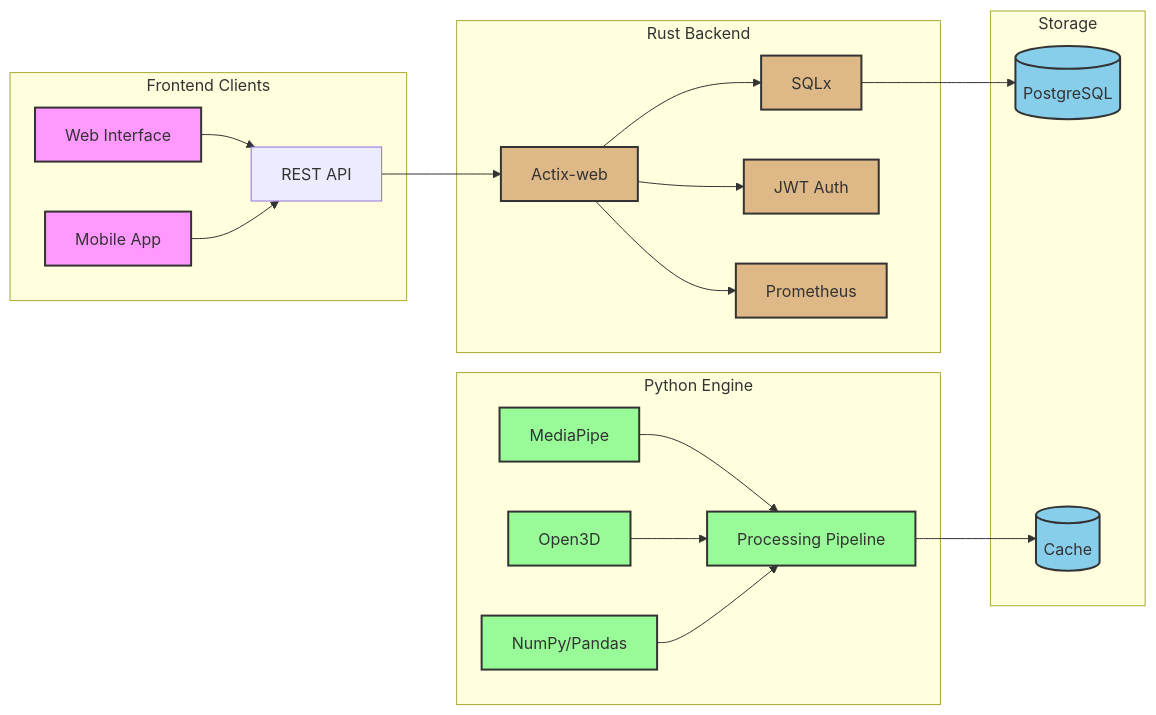
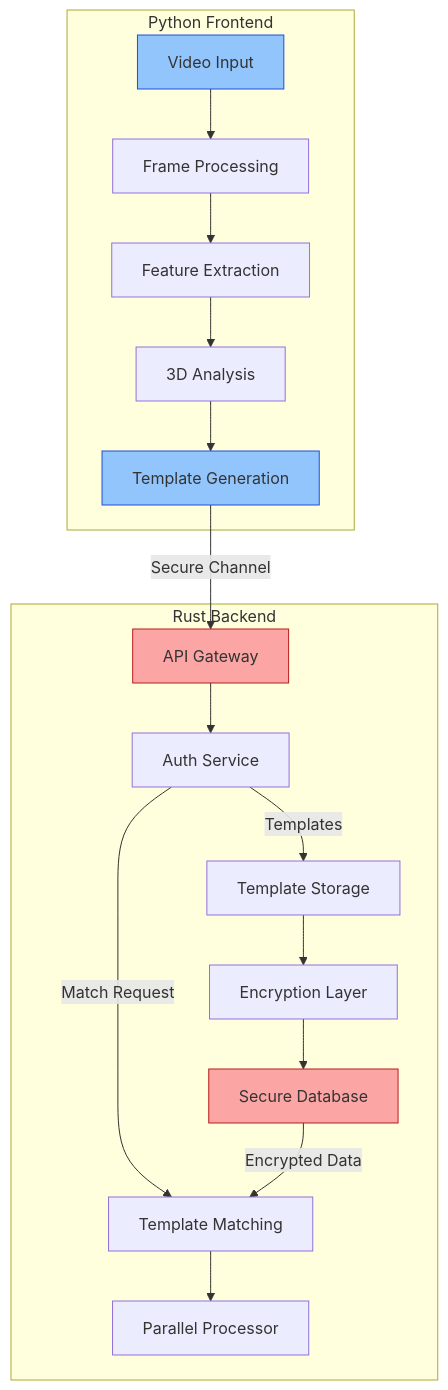
The second of 5 diagrams in README.md (JtPerez-Acle/secure-biometric), drawn with Mermaid before and after one commit. The commit also changed other lines of this file and 71 other files, not shown here.

````diff
--- a/README.md
+++ b/README.md
@@ -195,35 +61,26 @@
 ```mermaid
-graph LR
-    subgraph "Frontend Clients"
-        A[Web Interface] --> B[REST API]
-        C[Mobile App] --> B
+graph TD
+    subgraph "Python Frontend"
+        A[Video Input] --> B[Frame Processing]
+        B --> C[Feature Extraction]
+        C --> D[3D Analysis]
+        D --> E[Template Generation]
     end
 
     subgraph "Rust Backend"
-        B --> D[Actix-web]
-        D --> E[SQLx]
-        D --> F[JWT Auth]
-        D --> G[Prometheus]
+        F[Template Storage] --> G[Encryption Layer]
+        G --> H[Secure Database]
+        I[Template Matching] --> J[Parallel Processor]
+        K[API Gateway] --> L[Auth Service]
     end
 
-    subgraph "Python Engine"
-        H[MediaPipe] --> K[Processing Pipeline]
-        I[Open3D] --> K
-        J[NumPy/Pandas] --> K
-    end
+    E -->|Secure Channel| K
+    L -->|Templates| F
+    L -->|Match Request| I
+    H -->|Encrypted Data| I
 
-    subgraph "Storage"
-        E --> L[(PostgreSQL)]
-        K --> M[(Cache)]
-    end
-
-    classDef frontend fill:#f9f,stroke:#333,stroke-width:2px;
-    classDef rust fill:#deb887,stroke:#333,stroke-width:2px;
-    classDef python fill:#98fb98,stroke:#333,stroke-width:2px;
-    classDef storage fill:#87ceeb,stroke:#333,stroke-width:2px;
-
-    class A,C frontend;
-    class D,E,F,G rust;
-    class H,I,J,K python;
-    class L,M storage;
+    style A fill:#93c5fd,stroke:#1d4ed8
+    style E fill:#93c5fd,stroke:#1d4ed8
+    style K fill:#fca5a5,stroke:#b91c1c
+    style H fill:#fca5a5,stroke:#b91c1c
 ```
````
